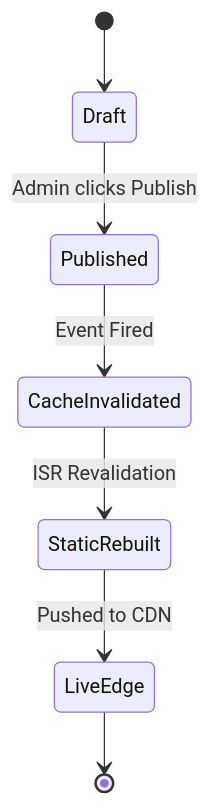
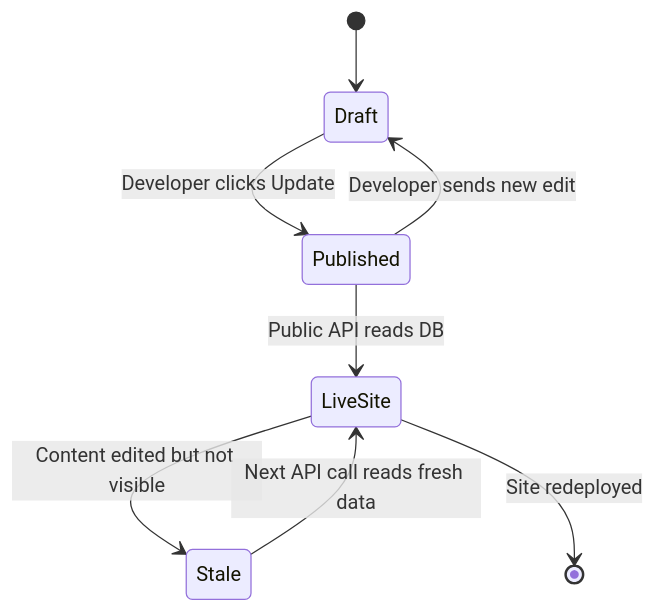
Before and after one commit to Developer-lokesh07/GymProject: diagram 16 of 20 in SSOT.md, drawn with Mermaid. The commit also changed other lines of this file, not shown here.

Commit message:
docs: rewrite SSOT.md to define v4.0.0 enterprise architecture and remove AI-dependent features

````diff
--- a/SSOT.md
+++ b/SSOT.md
@@ -413,9 +4071,13 @@
 ```mermaid
 stateDiagram-v2
     [*] --> Draft
-    Draft --> Published : Admin clicks Publish
-    Published --> CacheInvalidated : Event Fired
-    CacheInvalidated --> StaticRebuilt : ISR Revalidation
-    StaticRebuilt --> LiveEdge : Pushed to CDN
-    LiveEdge --> [*]
+    Draft --> Published : Developer clicks Update
+    
+    Published --> Draft : Developer sends new edit
+    Published --> LiveSite : Public API reads DB
+    
+    LiveSite --> Stale : Content edited but not visible
+    Stale --> LiveSite : Next API call reads fresh data
+    
+    LiveSite --> [*] : Site redeployed
 ```
````
